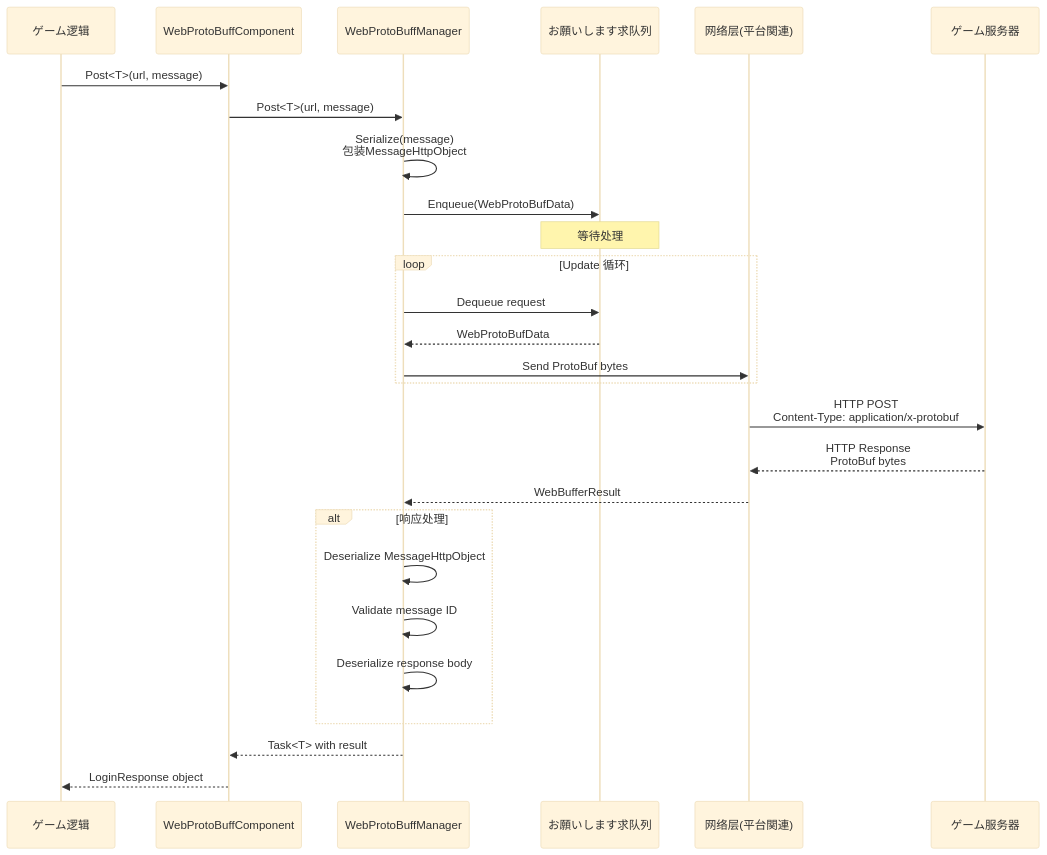
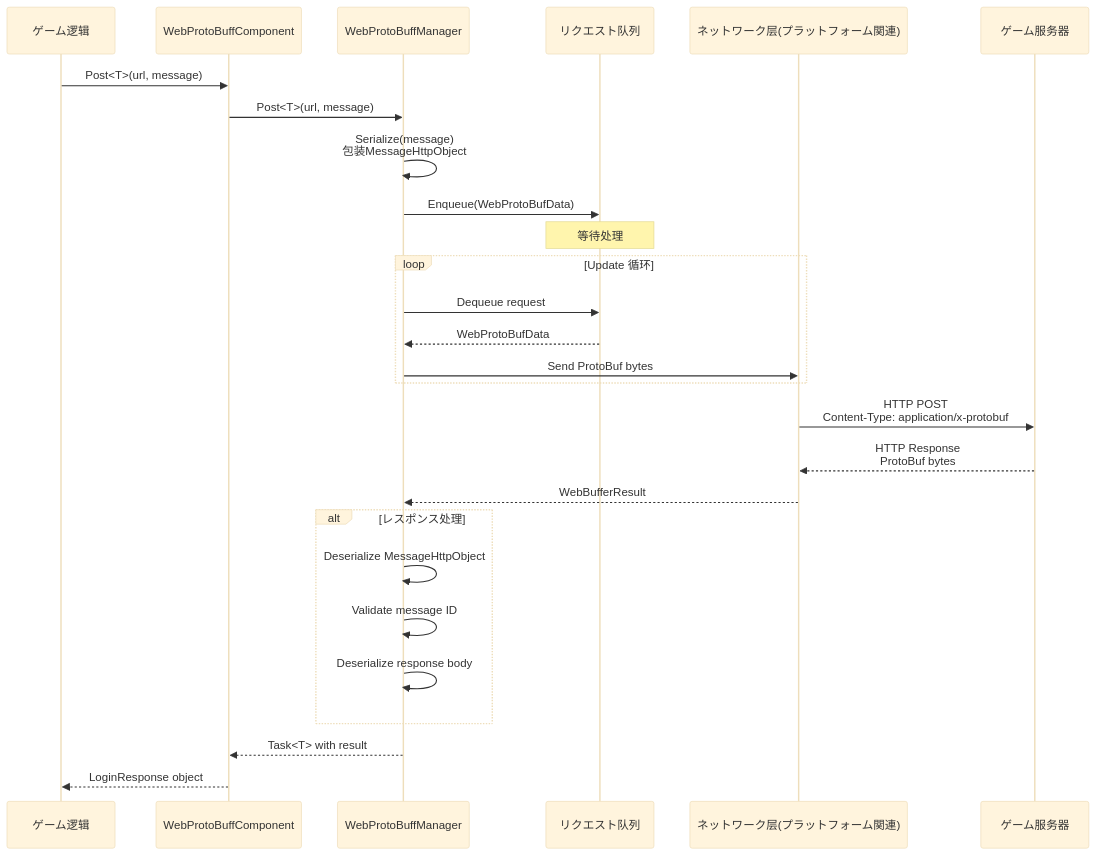
Before and after one commit to AlianBlank/GameFrameX.Docs: the third of 4 diagrams in docs/ja/client/unity/component/web-protobuff/01.overview.md, drawn with Mermaid (base theme). The commit also changed other lines of this file and 320 other files, not shown here.

````diff
--- a/docs/ja/client/unity/component/web-protobuff/01.overview.md
+++ b/docs/ja/client/unity/component/web-protobuff/01.overview.md
@@ -129,34 +129,34 @@
 ```mermaid
 sequenceDiagram
     participant Game as ゲーム逻辑
     participant Component as WebProtoBuffComponent
     participant Manager as WebProtoBuffManager
-    participant Queue as お願いします求队列
-    participant Network as 网络层(平台関連)
+    participant Queue as リクエスト队列
+    participant Network as ネットワーク层(プラットフォーム関連)
     participant Server as ゲーム服务器
 
     Game->>Component: Post<T>(url, message)
     Component->>Manager: Post<T>(url, message)
     Manager->>Manager: Serialize(message)<br/>包装MessageHttpObject
     Manager->>Queue: Enqueue(WebProtoBufData)
     Note over Queue: 等待处理
     
     loop Update 循环
         Manager->>Queue: Dequeue request
         Queue-->>Manager: WebProtoBufData
         Manager->>Network: Send ProtoBuf bytes
     end
     
     Network->>Server: HTTP POST<br/>Content-Type: application/x-protobuf
     Server-->>Network: HTTP Response<br/>ProtoBuf bytes
     Network-->>Manager: WebBufferResult
     
-    alt 响应处理
+    alt レスポンス处理
         Manager->>Manager: Deserialize MessageHttpObject
         Manager->>Manager: Validate message ID
         Manager->>Manager: Deserialize response body
     end
     
     Manager-->>Component: Task<T> with result
     Component-->>Game: LoginResponse object
 ```
````
